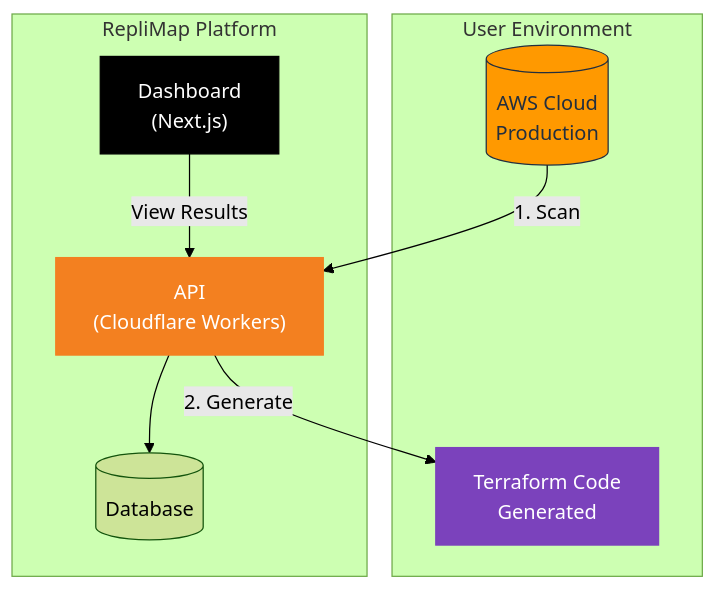
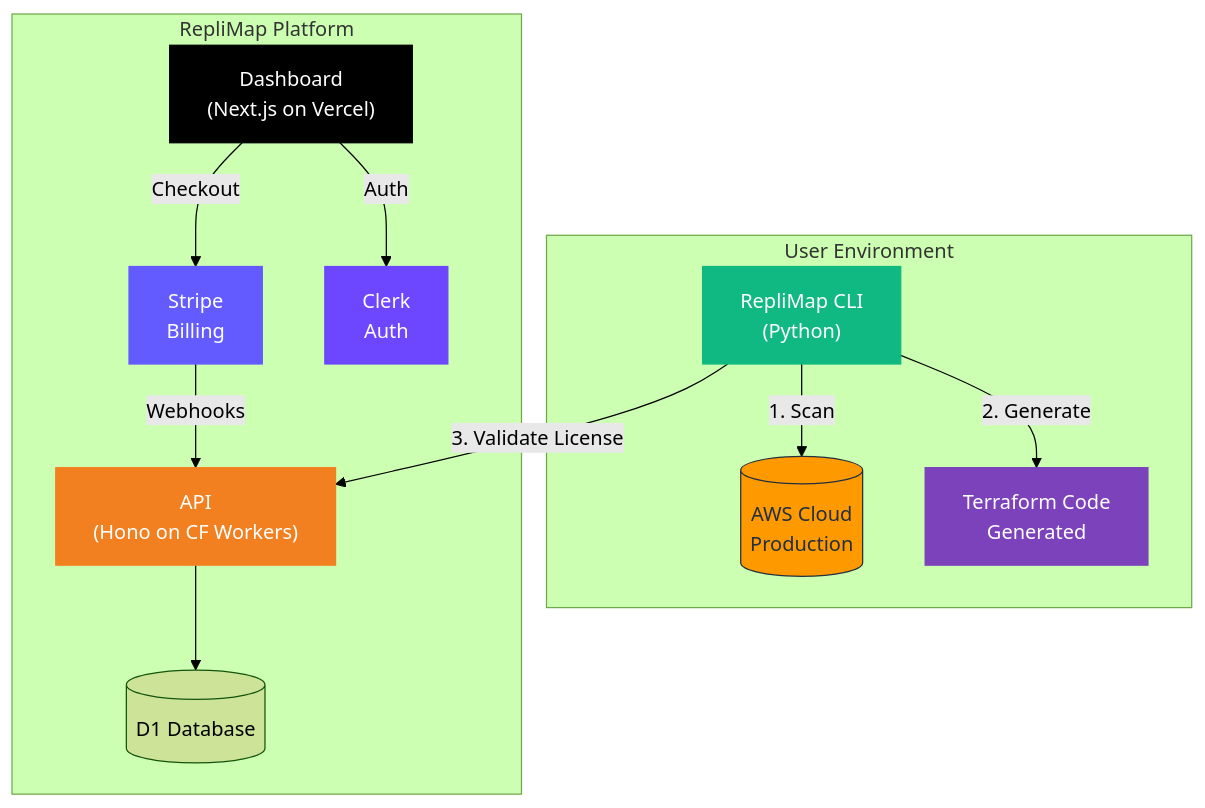
Before and after one commit to RepliMap/replimap-mono: the diagram in README.md, drawn with Mermaid (forest theme). The commit also changed other lines of this file and 2 other files, not shown here.

First line of the commit message:
docs: document commercial flow e2e harness and update README

````diff
--- a/README.md
+++ b/README.md
@@ -26,23 +26,32 @@
 ```mermaid
 graph TB
     subgraph "User Environment"
         AWS[("AWS Cloud<br/>Production")]
+        CLI["RepliMap CLI<br/>(Python)"]
         TF["Terraform Code<br/>Generated"]
     end
 
     subgraph "RepliMap Platform"
-        API["API<br/>(Cloudflare Workers)"]
-        WEB["Dashboard<br/>(Next.js)"]
-        DB[("Database")]
+        WEB["Dashboard<br/>(Next.js on Vercel)"]
+        API["API<br/>(Hono on CF Workers)"]
+        DB[("D1 Database")]
+        STRIPE["Stripe<br/>Billing"]
+        CLERK["Clerk<br/>Auth"]
     end
 
-    AWS -->|"1. Scan"| API
+    CLI -->|"1. Scan"| AWS
+    CLI -->|"2. Generate"| TF
+    CLI -->|"3. Validate License"| API
+    WEB -->|"Auth"| CLERK
+    WEB -->|"Checkout"| STRIPE
+    STRIPE -->|"Webhooks"| API
     API --> DB
-    API -->|"2. Generate"| TF
-    WEB -->|"View Results"| API
 
     style AWS fill:#FF9900,stroke:#232F3E,color:#232F3E
+    style CLI fill:#10b981,stroke:#10b981,color:white
     style API fill:#F38020,stroke:#F38020,color:white
     style WEB fill:#000000,stroke:#000000,color:white
     style TF fill:#7B42BC,stroke:#7B42BC,color:white
+    style STRIPE fill:#635BFF,stroke:#635BFF,color:white
+    style CLERK fill:#6C47FF,stroke:#6C47FF,color:white
 ```
````
